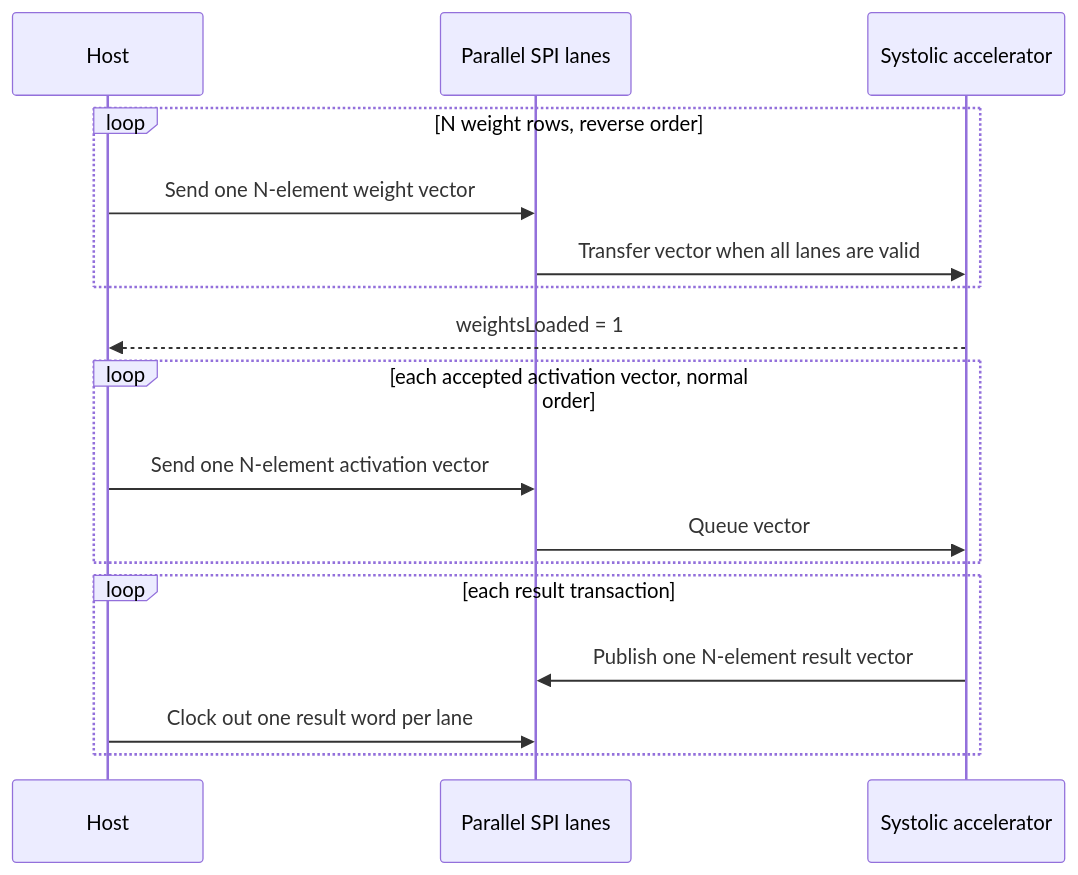
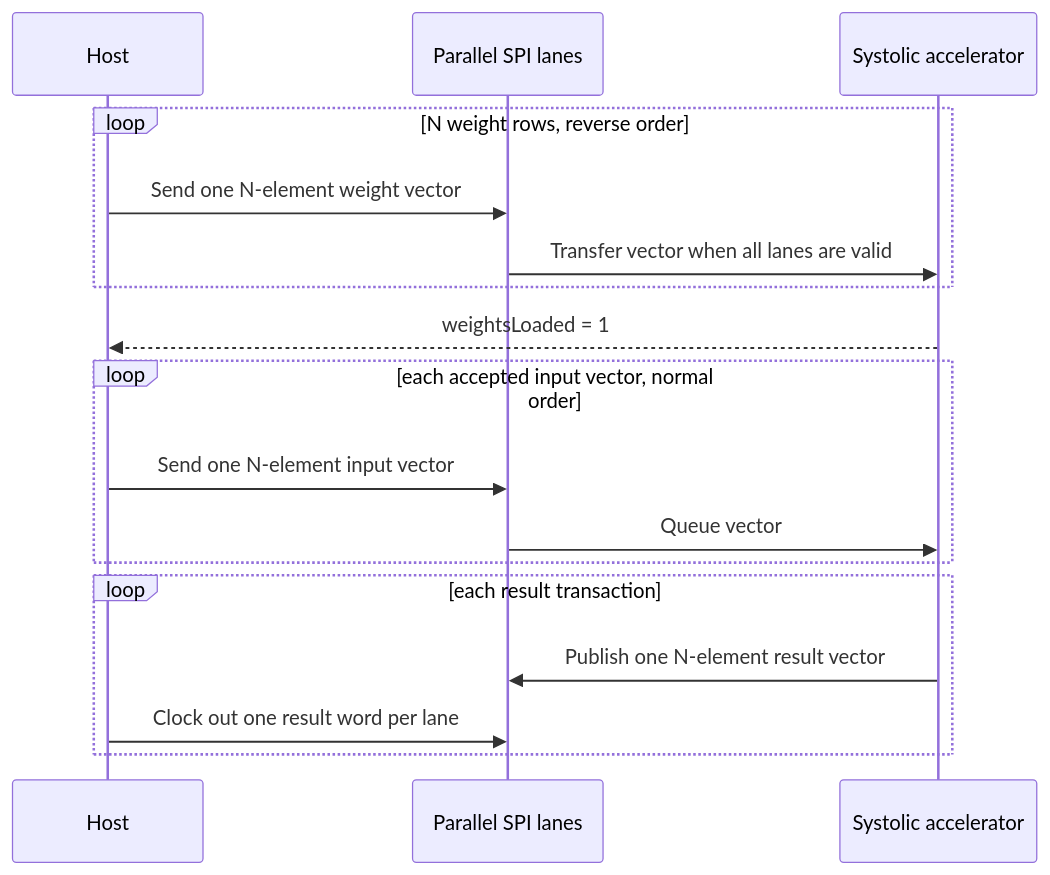
One commit to aHighHooman/NN-Acceleration changed the third of 3 diagrams in README.md. Above: the diagram before and after it, drawn with Mermaid. The commit also changed other lines of this file, not shown here.

Commit message:
Phase 6U: document input interface and verification ownership

````diff
--- a/README.md
+++ b/README.md
@@ -62,22 +62,22 @@
 ```mermaid
 sequenceDiagram
     participant Host
     participant SPI as Parallel SPI lanes
     participant Core as Systolic accelerator
 
     loop N weight rows, reverse order
         Host->>SPI: Send one N-element weight vector
         SPI->>Core: Transfer vector when all lanes are valid
     end
     Core-->>Host: weightsLoaded = 1
 
-    loop each accepted activation vector, normal order
-        Host->>SPI: Send one N-element activation vector
+    loop each accepted input vector, normal order
+        Host->>SPI: Send one N-element input vector
         SPI->>Core: Queue vector
     end
 
     loop each result transaction
         Core->>SPI: Publish one N-element result vector
         Host->>SPI: Clock out one result word per lane
     end
 ```
````
